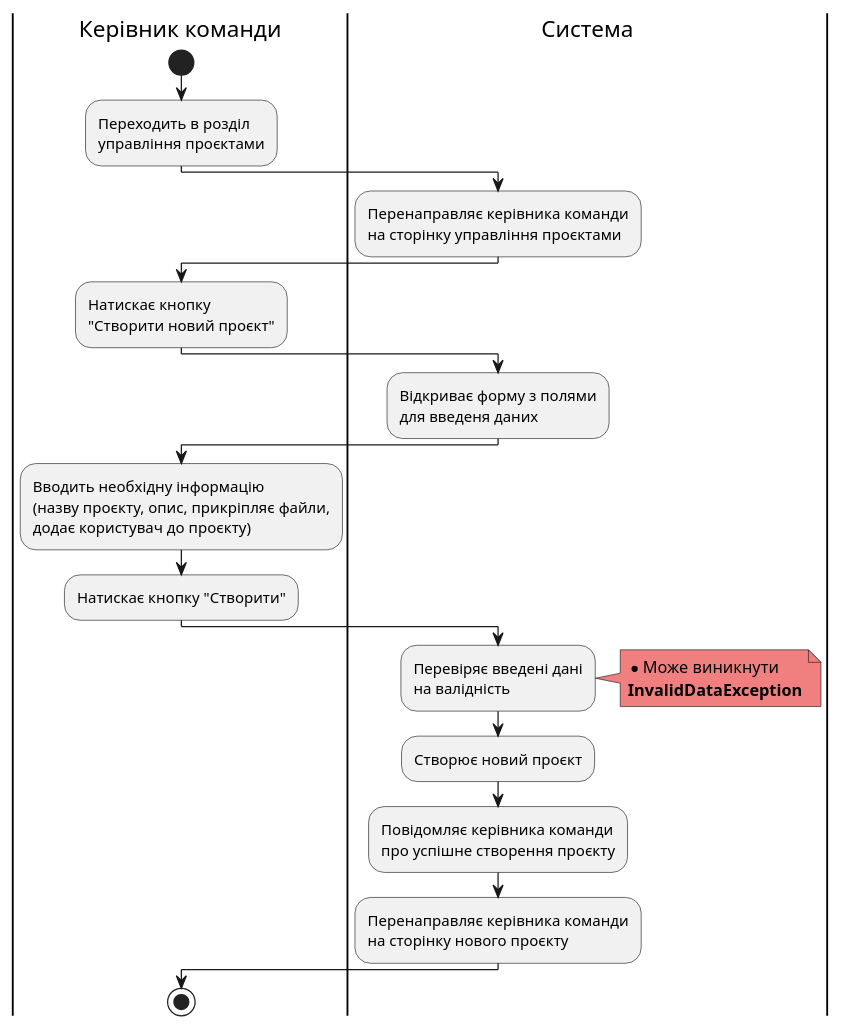
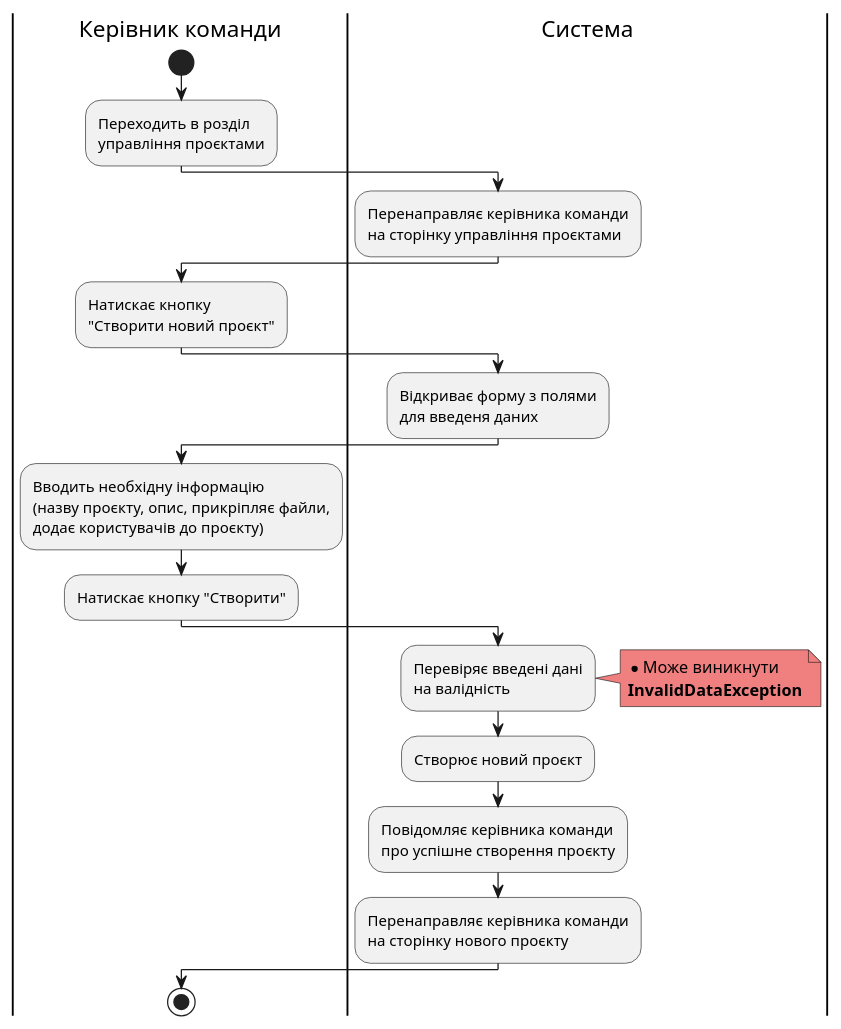
Before and after one commit to samoilenkomariia/db-coursework: the ninth of 23 diagrams in docs/use cases/README.md, drawn with PlantUML. The commit also changed other lines of this file, not shown here.

```diff
--- a/docs/use cases/README.md
+++ b/docs/use cases/README.md
@@ -380,27 +380,27 @@
 @startuml
 
     |Керівник команди|
     start
     :Переходить в розділ\nуправління проєктами;
     |Система|
     :Перенаправляє керівника команди\nна сторінку управління проєктами;
     |Керівник команди|
     :Натискає кнопку\n"Створити новий проєкт";
     |Система|
     :Відкриває форму з полями\nдля введеня даних;
     |Керівник команди|
-    :Вводить необхідну інформацію\n(назву проєкту, опис, прикріпляє файли,\nдодає користувач до проєкту) ;
+    :Вводить необхідну інформацію\n(назву проєкту, опис, прикріпляє файли,\nдодає користувачів до проєкту) ;
     :Натискає кнопку "Створити";
     |Система|
     :Перевіряє введені дані\nна валідність;
     note right #lightcoral
         * Може виникнути
         <b>InvalidDataException</b>
     end note
     :Створює новий проєкт;
     :Повідомляє керівника команди\nпро успішне створення проєкту;
     :Перенаправляє керівника команди\nна сторінку нового проєкту;
     |Керівник команди|
     stop
 
 @enduml
```
